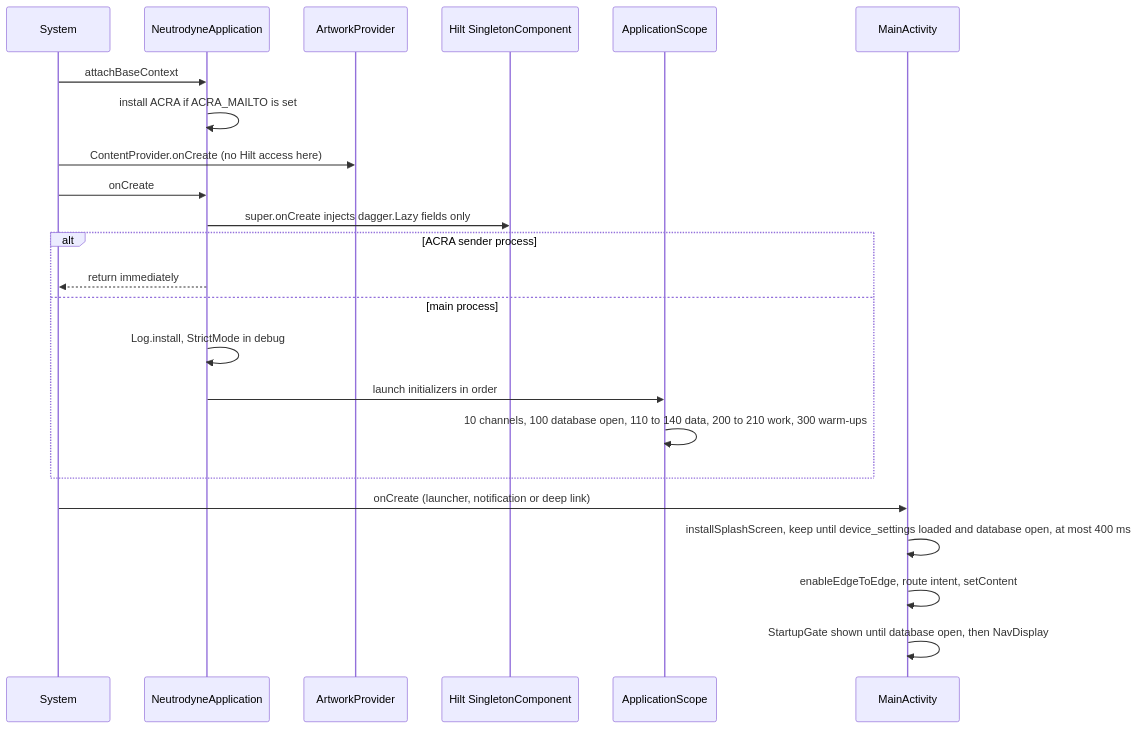
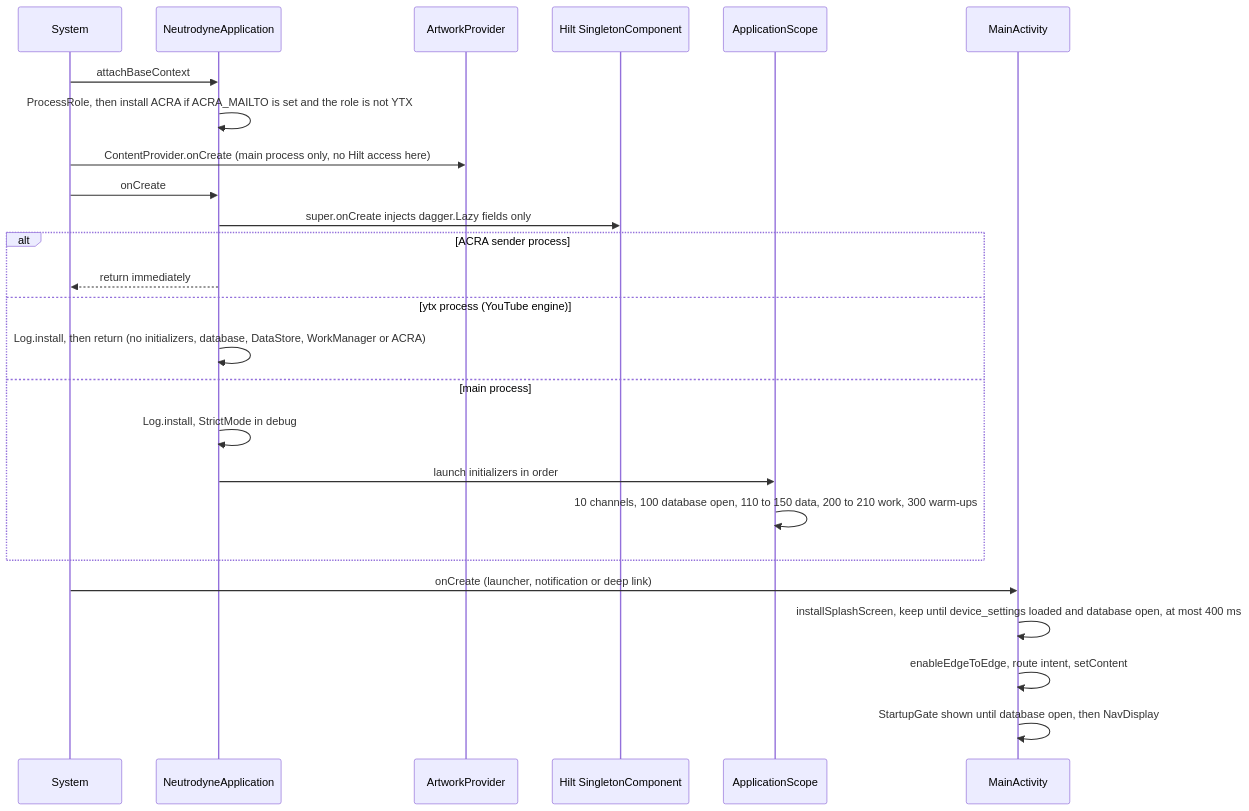
The second of 4 diagrams in docs/design/01-foundation.md (BigBoyDevBox/Neutrodyne), drawn with Mermaid before and after one commit. The commit also changed other lines of this file and 11 other files, not shown here.

````diff
--- a/docs/design/01-foundation.md
+++ b/docs/design/01-foundation.md
@@ -776,25 +800,27 @@
 ```mermaid
 sequenceDiagram
   participant Z as System
   participant A as NeutrodyneApplication
   participant P as ArtworkProvider
   participant H as Hilt SingletonComponent
   participant S as ApplicationScope
   participant M as MainActivity
   Z->>A: attachBaseContext
-  A->>A: install ACRA if ACRA_MAILTO is set
-  Z->>P: ContentProvider.onCreate (no Hilt access here)
+  A->>A: ProcessRole, then install ACRA if ACRA_MAILTO is set and the role is not YTX
+  Z->>P: ContentProvider.onCreate (main process only, no Hilt access here)
   Z->>A: onCreate
   A->>H: super.onCreate injects dagger.Lazy fields only
   alt ACRA sender process
     A-->>Z: return immediately
+  else ytx process (YouTube engine)
+    A->>A: Log.install, then return (no initializers, database, DataStore, WorkManager or ACRA)
   else main process
     A->>A: Log.install, StrictMode in debug
     A->>S: launch initializers in order
-    S->>S: 10 channels, 100 database open, 110 to 140 data, 200 to 210 work, 300 warm-ups
+    S->>S: 10 channels, 100 database open, 110 to 150 data, 200 to 210 work, 300 warm-ups
   end
   Z->>M: onCreate (launcher, notification or deep link)
   M->>M: installSplashScreen, keep until device_settings loaded and database open, at most 400 ms
   M->>M: enableEdgeToEdge, route intent, setContent
   M->>M: StartupGate shown until database open, then NavDisplay
 ```
````
